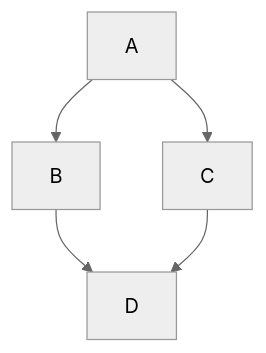
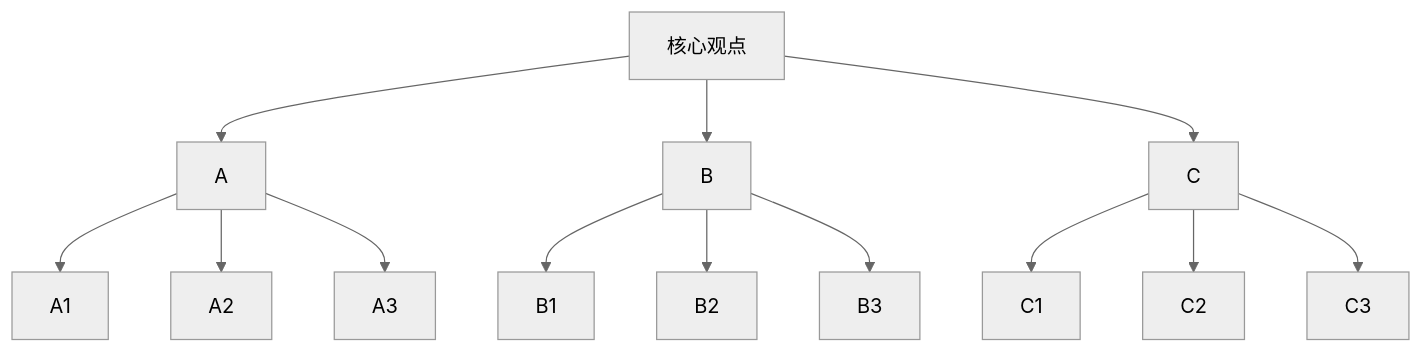
One commit to zhangjunhd/reading-notes changed the first of 4 diagrams in psychology/pyramidCN.md. Above: the diagram before and after it, drawn with Mermaid (neutral theme). The commit also changed other lines of this file, not shown here.

````diff
--- a/psychology/pyramidCN.md
+++ b/psychology/pyramidCN.md
@@ -47,7 +64,15 @@
 ```mermaid
 graph TD;
-    A-->B
-    A-->C
-    B-->D
-    C-->D
+    r[核心观点]-->A
+    r-->B
+    r-->C
+    A-->A1
+    A-->A2
+    A-->A3
+    B-->B1
+    B-->B2
+    B-->B3
+    C-->C1
+    C-->C2
+    C-->C3
 ```
````
